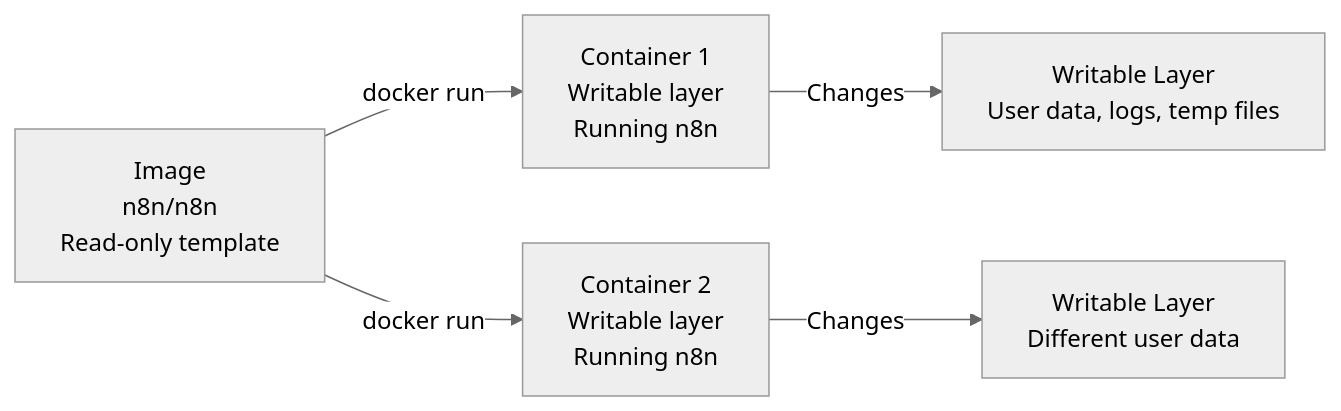
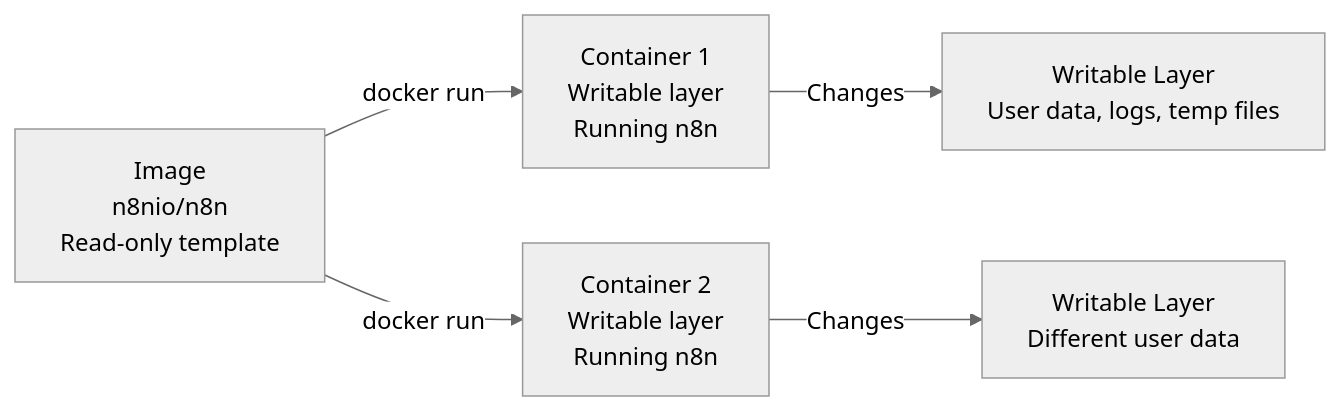
Before and after one commit to wtoloza-dev/ZTH-n8n-Engineer: the fifth of 9 diagrams in lessons/02-docker-basics/theory/02-docker-architecture.md, drawn with Mermaid (neutral theme). The commit also changed other lines of this file and 17 other files, not shown here.

````diff
--- a/lessons/02-docker-basics/theory/02-docker-architecture.md
+++ b/lessons/02-docker-basics/theory/02-docker-architecture.md
@@ -177,8 +177,8 @@
 ```mermaid
 graph LR
-    A[Image<br/>n8n/n8n<br/>Read-only template] -->|docker run| B[Container 1<br/>Writable layer<br/>Running n8n]
+    A[Image<br/>n8nio/n8n<br/>Read-only template] -->|docker run| B[Container 1<br/>Writable layer<br/>Running n8n]
     A -->|docker run| C[Container 2<br/>Writable layer<br/>Running n8n]
     
     B -->|Changes| B1[Writable Layer<br/>User data, logs, temp files]
     C -->|Changes| C1[Writable Layer<br/>Different user data]
 ```
````
